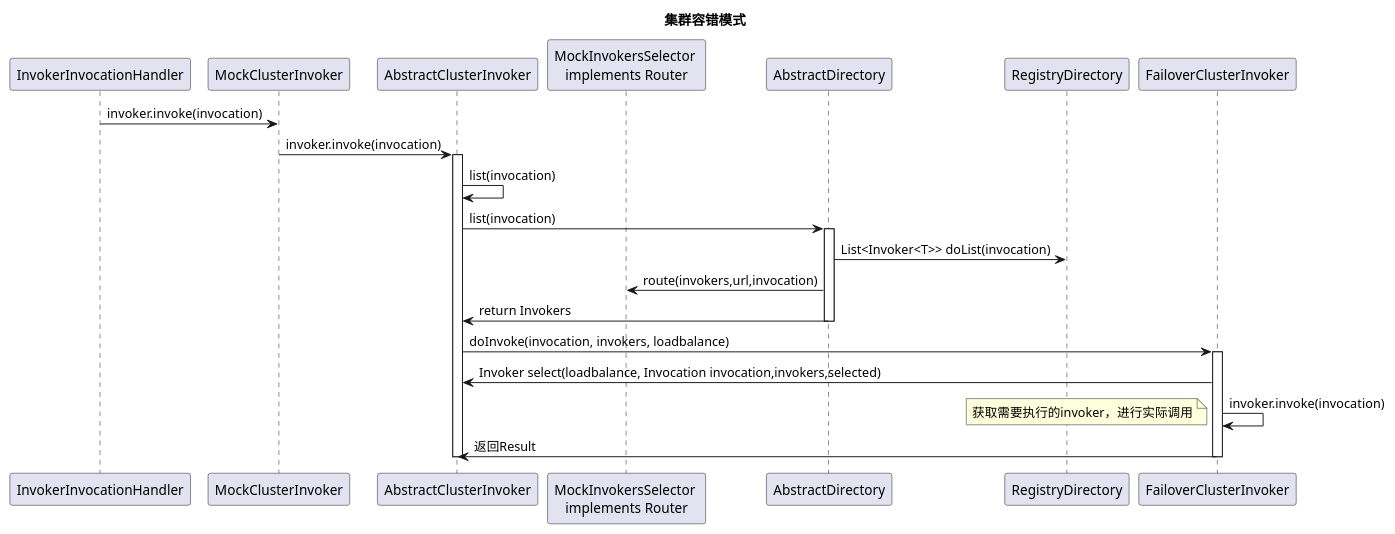
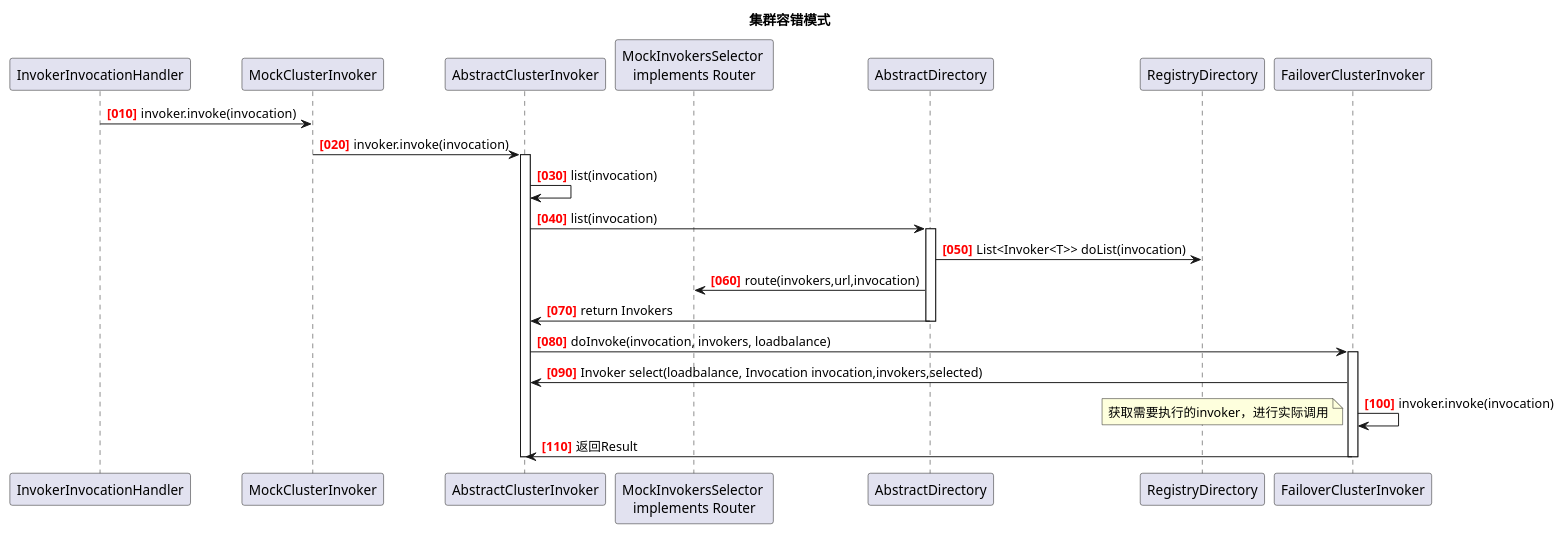
One commit to newbigTech/myDesignPattern changed the diagram in uml/dubbo/消费端调用服务-集群容错模式.puml. Above: the diagram before and after it, drawn with PlantUML.

Commit message:
uml图

```diff
--- a/uml/dubbo/消费端调用服务-集群容错模式.puml
+++ b/uml/dubbo/消费端调用服务-集群容错模式.puml
@@ -1,30 +1,31 @@
 @startuml
 participant InvokerInvocationHandler
 participant MockClusterInvoker
 participant AbstractClusterInvoker
 participant "MockInvokersSelector \nimplements Router" as MockInvokersSelector
 'participant FailoverClusterInvoker
 
 title 集群容错模式
+autonumber 10 10 "<font color=red><b>[000]"
 InvokerInvocationHandler ->   MockClusterInvoker:invoker.invoke(invocation)
 MockClusterInvoker       ->   AbstractClusterInvoker:invoker.invoke(invocation)
 activate AbstractClusterInvoker
 AbstractClusterInvoker   ->   AbstractClusterInvoker:list(invocation)
 AbstractClusterInvoker   ->   AbstractDirectory:list(invocation)
 activate AbstractDirectory
 AbstractDirectory   ->   RegistryDirectory:List<Invoker<T>> doList(invocation)
 AbstractDirectory        ->   MockInvokersSelector:route(invokers,url,invocation)
 AbstractDirectory        ->   AbstractClusterInvoker:return Invokers
 deactivate AbstractDirectory
 AbstractClusterInvoker   -> FailoverClusterInvoker:doInvoke(invocation, invokers, loadbalance)
 activate FailoverClusterInvoker
 FailoverClusterInvoker   -> AbstractClusterInvoker:Invoker select(loadbalance, Invocation invocation,invokers,selected)
 FailoverClusterInvoker   -> FailoverClusterInvoker:invoker.invoke(invocation)
 note left
 获取需要执行的invoker，进行实际调用
 endnote
 FailoverClusterInvoker   -> AbstractClusterInvoker:返回Result
 deactivate FailoverClusterInvoker
 deactivate AbstractClusterInvoker
 
 @enduml
```
